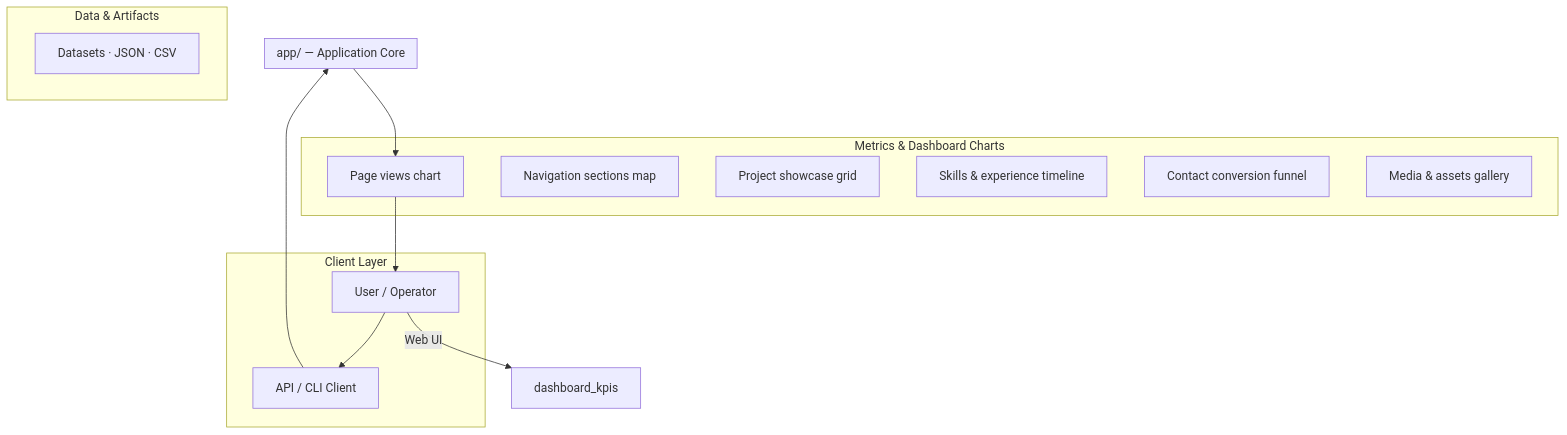
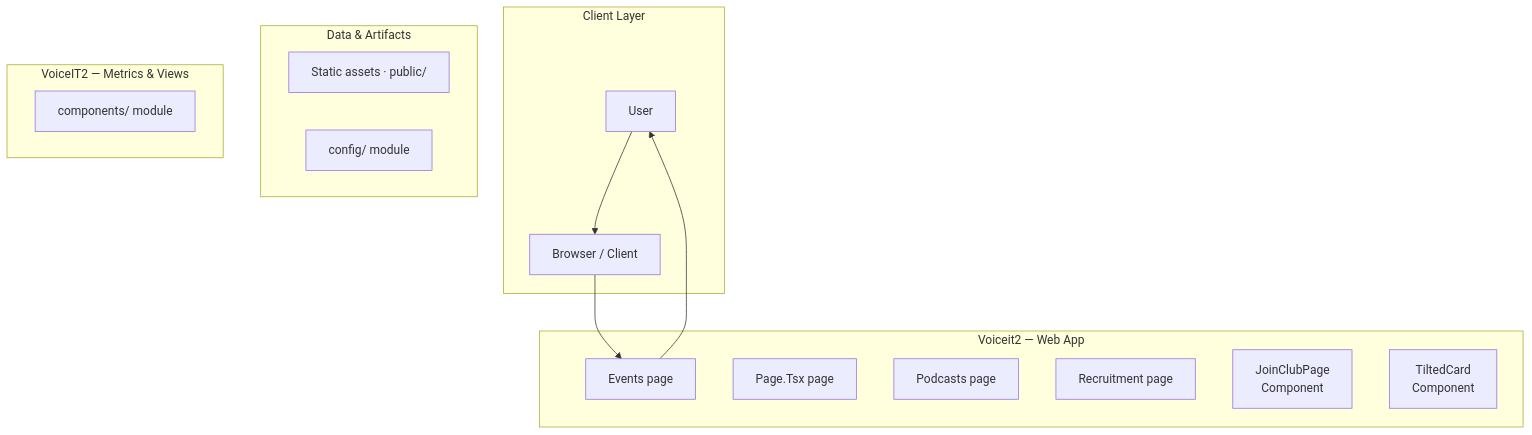
The first of 4 diagrams in README.md (Punyamittal/VoiceIT2), drawn with Mermaid before and after one commit. The commit also changed other lines of this file, not shown here.

````diff
--- a/README.md
+++ b/README.md
@@ -56,29 +64,34 @@
 ```mermaid
 graph TB
     subgraph Client["Client Layer"]
-        user["User / Operator"]
-        api_client["API / CLI Client"]
+        user["User"]
+        browser["Browser / Client"]
     end
 
-    subgraph Core["app/ — Application Core"]
+    subgraph Core["Voiceit2 — Web App"]
+        events["Events<br/>/events"]
+        page_tsx["Page.Tsx<br/>/page.tsx"]
+        podcasts["Podcasts<br/>/podcasts"]
+        recruitment["Recruitment<br/>/recruitment"]
+        JoinClubPage["JoinClubPage<br/>Component"]
+        TiltedCard["TiltedCard<br/>Component"]
     end
 
     subgraph Data["Data & Artifacts"]
-        datasets["Datasets · JSON · CSV"]
+        assets["Static assets · public/"]
+        config["Config · env / JSON"]
     end
 
-    subgraph Charts["Metrics & Dashboard Charts"]
-        page_views["Page views chart"]
-        nav_sections["Navigation sections map"]
-        project_showcase["Project showcase grid"]
-        skills_timeline["Skills & experience timeline"]
-        contact_funnel["Contact conversion funnel"]
-        media_gallery["Media & assets gallery"]
+    subgraph Charts["VoiceIT2 — Metrics & Views"]
+        events["Events page"]
+        page_tsx["Page.Tsx page"]
+        podcasts["Podcasts page"]
+        recruitment["Recruitment page"]
+        components["components/ module"]
+        config["config/ module"]
     end
 
-    user --> api_client
-    api_client --> Core
-    user -->|Web UI| dashboard_kpis
-    Core --> page_views
-    page_views --> user
+    user --> browser
+    browser --> events
+    events --> user
 ```
````
